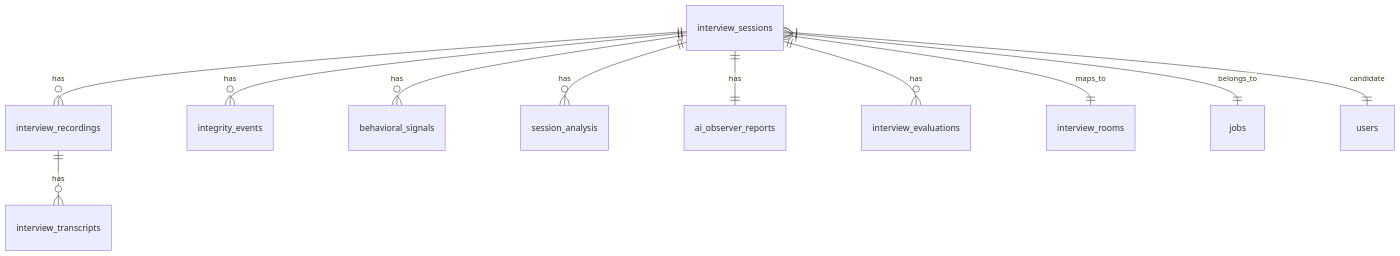
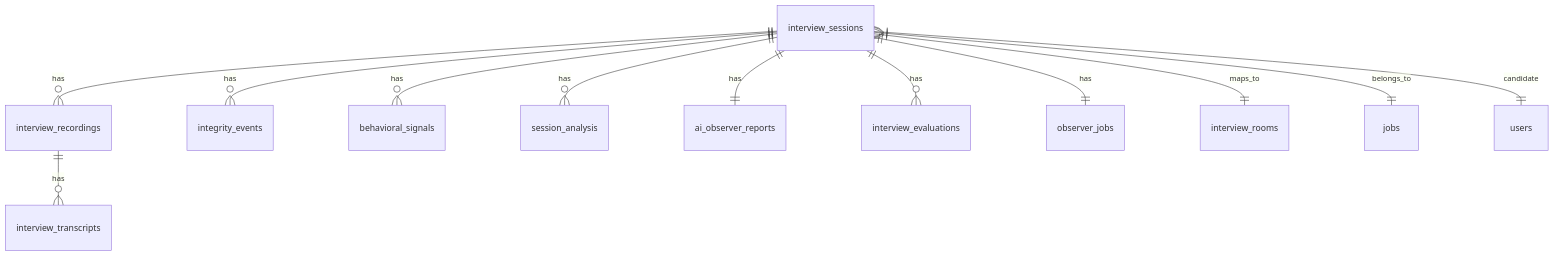
One commit to sumanthrangausa-06/Rekrut_AI_v2 changed the second of 2 diagrams in docs/sdlc/rekrut-ai-v2/03-solutioning/unified-interview-engine/architecture.md. Above: the diagram before and after it, drawn with Mermaid. The commit also changed other lines of this file, not shown here.

First line of the commit message:
docs: Architecture v2 — Rex's specialist-reviewed version

````diff
--- a/docs/sdlc/rekrut-ai-v2/03-solutioning/unified-interview-engine/architecture.md
+++ b/docs/sdlc/rekrut-ai-v2/03-solutioning/unified-interview-engine/architecture.md
@@ -367,13 +541,14 @@
 ```mermaid
 erDiagram
     interview_sessions ||--o{ interview_recordings : has
     interview_sessions ||--o{ integrity_events : has
     interview_sessions ||--o{ behavioral_signals : has
     interview_sessions ||--o{ session_analysis : has
     interview_sessions ||--|| ai_observer_reports : has
     interview_sessions ||--o{ interview_evaluations : has
+    interview_sessions ||--|| observer_jobs : has
     interview_sessions }|--|| interview_rooms : maps_to
     interview_recordings ||--o{ interview_transcripts : has
     interview_sessions }|--|| jobs : belongs_to
     interview_sessions }|--|| users : candidate
 ```
````
